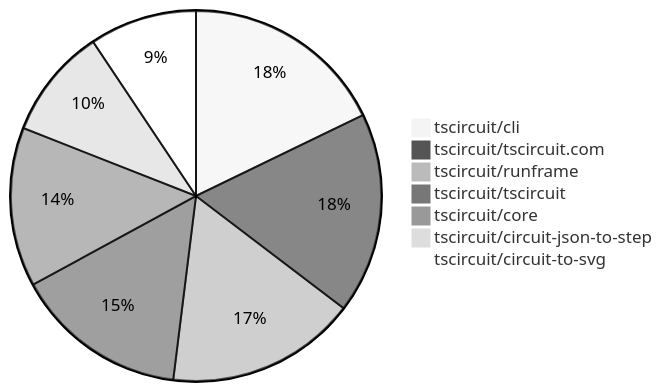
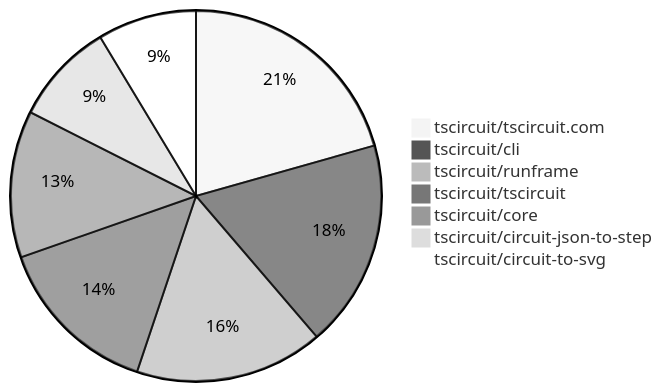
Before and after one commit to tscircuit/contribution-tracker: the second of 2 diagrams in README.md, drawn with Mermaid (neutral theme). The commit also changed other lines of this file and 3 other files, not shown here.

````diff
--- a/README.md
+++ b/README.md
@@ -135,10 +136,10 @@
 ```mermaid
 pie
-    "tscircuit/cli" : 59
-    "tscircuit/tscircuit.com" : 58
-    "tscircuit/runframe" : 55
-    "tscircuit/tscircuit" : 50
+    "tscircuit/tscircuit.com" : 74
+    "tscircuit/cli" : 65
+    "tscircuit/runframe" : 59
+    "tscircuit/tscircuit" : 52
     "tscircuit/core" : 46
     "tscircuit/circuit-json-to-step" : 32
     "tscircuit/circuit-to-svg" : 31
 ```
````
